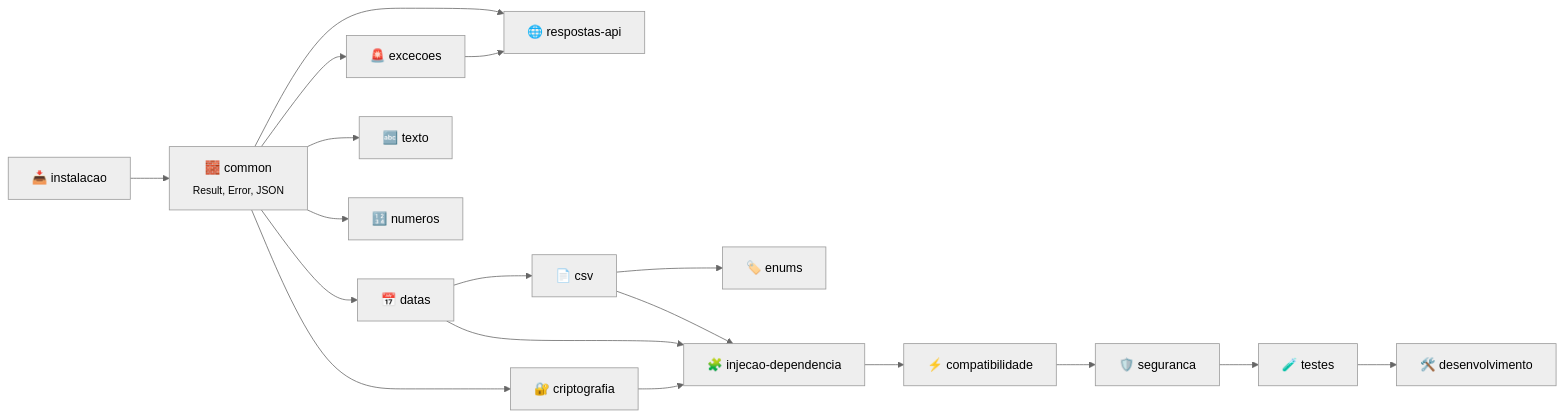
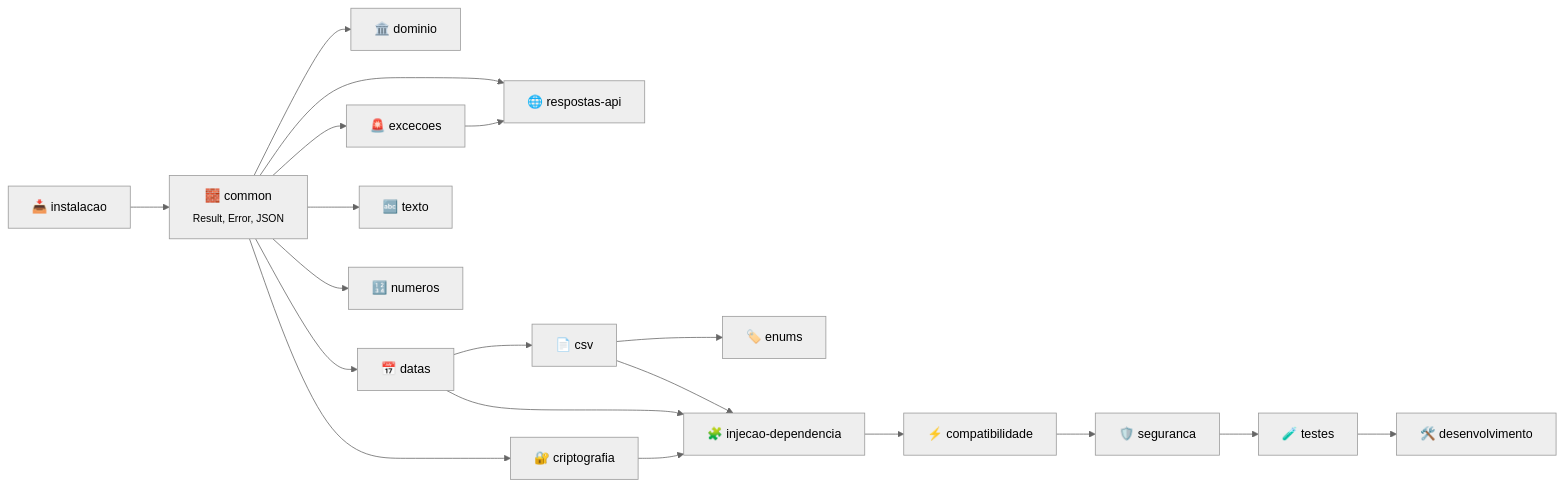
The first of 2 diagrams in docs/README.md (tudoemcodigo/lib-tec-core), drawn with Mermaid (neutral theme) before and after one commit. The commit also changed other lines of this file and 13 other files, not shown here.

````diff
--- a/docs/README.md
+++ b/docs/README.md
@@ -43,20 +44,21 @@
 ```mermaid
 flowchart LR
     I["📥 instalacao"] --> CM["🧱 common<br/><sub>Result, Error, JSON</sub>"]
+    CM --> DO["🏛️ dominio"]
     CM --> R["🌐 respostas-api"]
     CM --> E["🚨 excecoes"]
     E --> R
     CM --> T["🔤 texto"]
     CM --> N["🔢 numeros"]
     CM --> D["📅 datas"]
     D --> CSV["📄 csv"]
     CSV --> EN["🏷️ enums"]
     CM --> C["🔐 criptografia"]
     C --> DI["🧩 injecao-dependencia"]
     CSV --> DI
     D --> DI
     DI --> CO["⚡ compatibilidade"]
     CO --> S["🛡️ seguranca"]
     S --> TS["🧪 testes"]
     TS --> DV["🛠️ desenvolvimento"]
 ```
````
